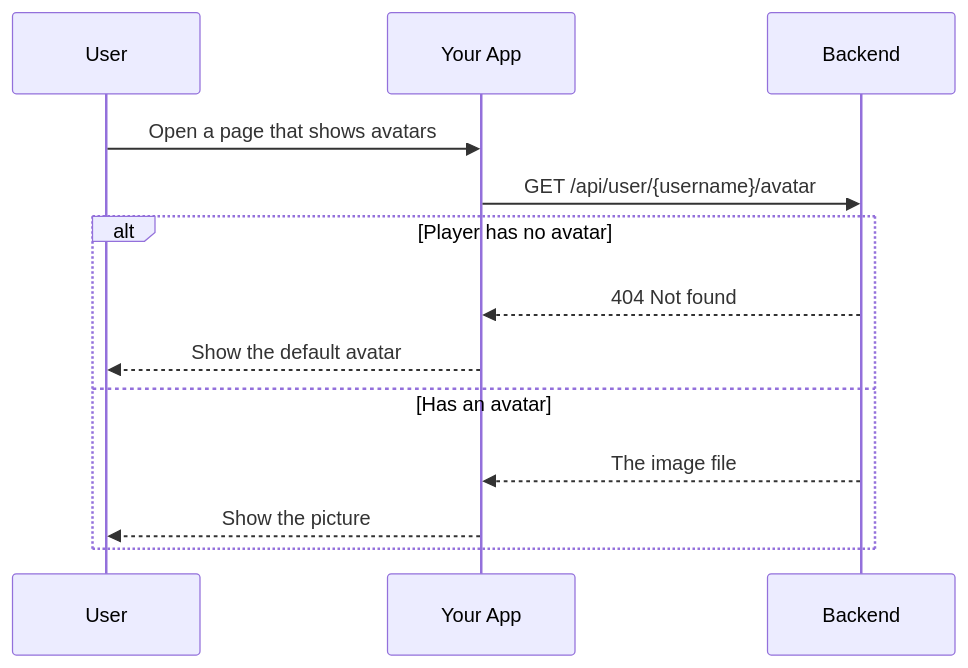
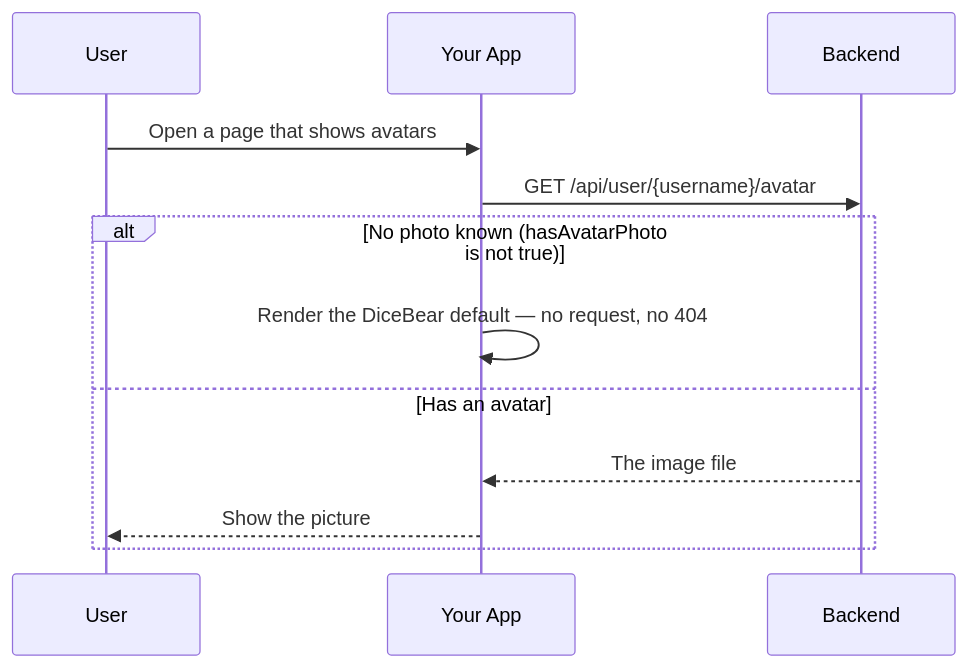
Before and after one commit to JaxzTan/ft_transcendence: the fourth of 5 diagrams in docs/backend/backend-user-module.md, drawn with Mermaid. The commit also changed other lines of this file and 30 other files, not shown here.

````diff
--- a/docs/backend/backend-user-module.md
+++ b/docs/backend/backend-user-module.md
@@ -159,16 +159,15 @@
 ```mermaid
 sequenceDiagram
     participant User
     participant Site as Your App
     participant Server as Backend
 
     User->>Site: Open a page that shows avatars
     Site->>Server: GET /api/user/{username}/avatar
-    alt Player has no avatar
-        Server-->>Site: 404 Not found
-        Site-->>User: Show the default avatar
+    alt No photo known (hasAvatarPhoto is not true)
+        Site->>Site: Render the DiceBear default — no request, no 404
     else Has an avatar
         Server-->>Site: The image file
         Site-->>User: Show the picture
     end
 ```
````
